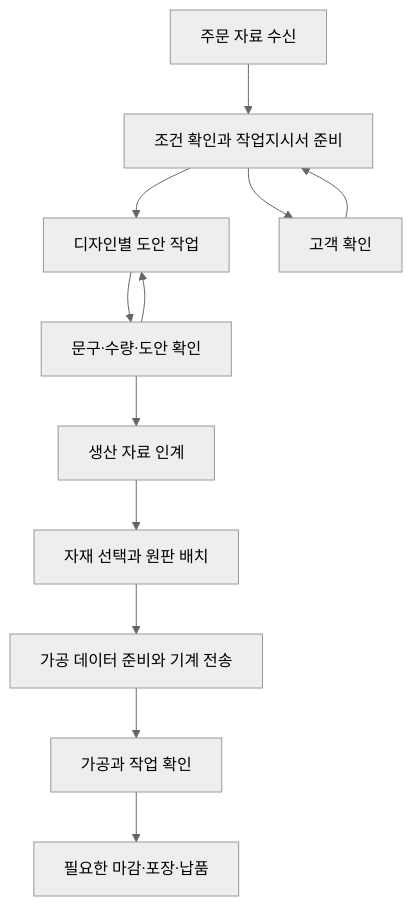
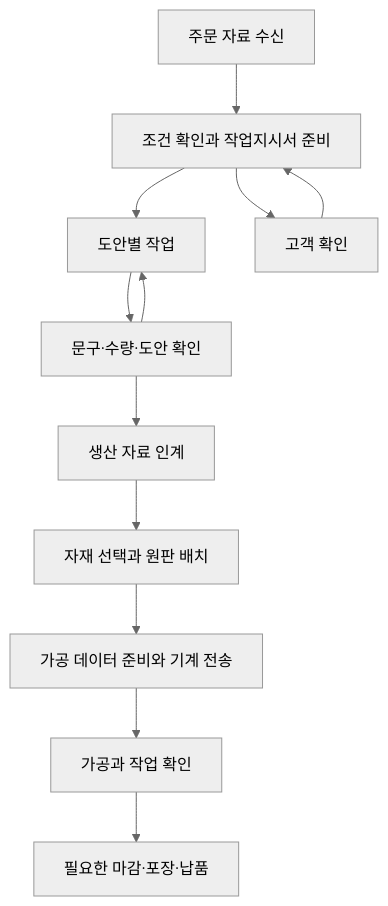
The diagram in docs/business/current-workflow.md (richwon-lab/richwon-architecture), drawn with Mermaid (neutral theme) before and after one commit. The commit also changed other lines of this file and 6 other files, not shown here.

````diff
--- a/docs/business/current-workflow.md
+++ b/docs/business/current-workflow.md
@@ -21,14 +21,14 @@
 ```mermaid
 flowchart TD
   A[주문 자료 수신] --> B[조건 확인과 작업지시서 준비]
-  B --> C[디자인별 도안 작업]
+  B --> C[도안별 작업]
   C --> D[문구·수량·도안 확인]
   D --> E[생산 자료 인계]
   E --> F[자재 선택과 원판 배치]
   F --> G[가공 데이터 준비와 기계 전송]
   G --> H[가공과 작업 확인]
   H --> I[필요한 마감·포장·납품]
   B --> J[고객 확인]
   J --> B
   D --> C
 ```
````
